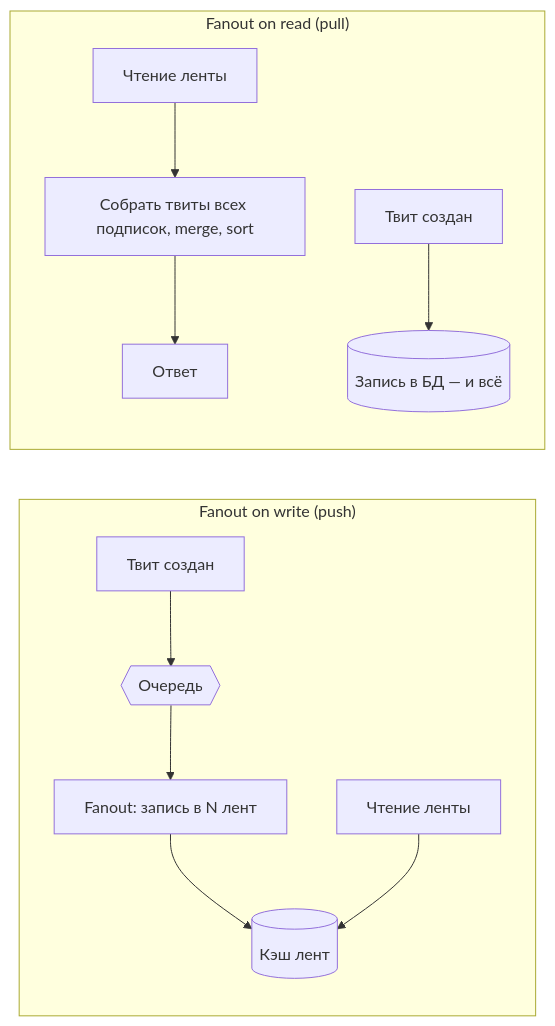
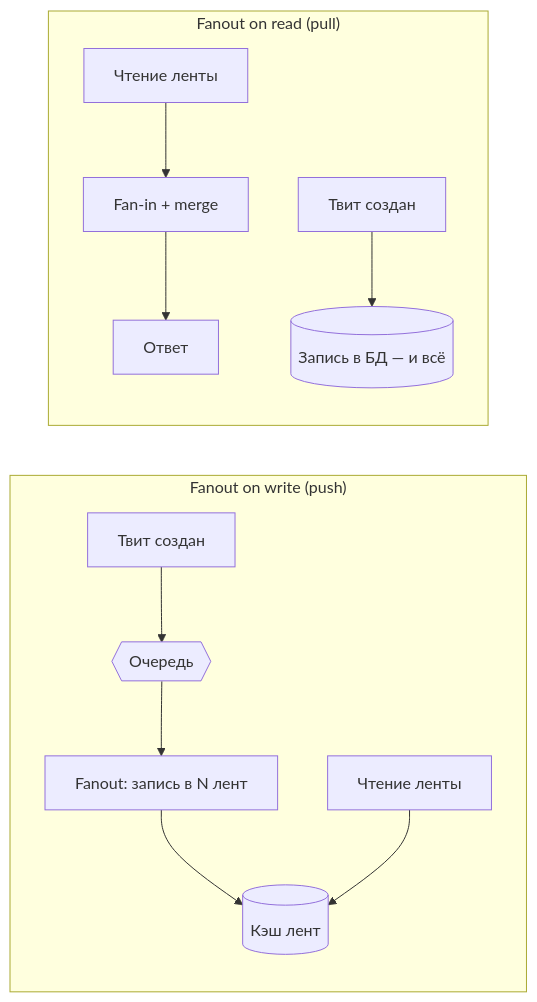
The fifth of 6 diagrams in 02-case-studies/twitter-feed.md (AlohaJava/system-design-interview-chamkin), drawn with Mermaid before and after one commit. The commit also changed other lines of this file and 49 other files, not shown here.

````diff
--- a/02-case-studies/twitter-feed.md
+++ b/02-case-studies/twitter-feed.md
@@ -250,11 +258,11 @@
 ```mermaid
 graph LR
     subgraph "Fanout on write (push)"
         W1["Твит создан"] --> Q1{{"Очередь"}} --> FW["Fanout: запись в N лент"] --> C1[("Кэш лент")]
         R1["Чтение ленты"] --> C1
     end
     subgraph "Fanout on read (pull)"
-        R2["Чтение ленты"] --> AGG["Собрать твиты всех подписок, merge, sort"] --> RESP["Ответ"]
+        R2["Чтение ленты"] --> AGG["Fan-in + merge"] --> RESP["Ответ"]
         W2["Твит создан"] --> DB2[("Запись в БД — и всё")]
     end
 ```
````
